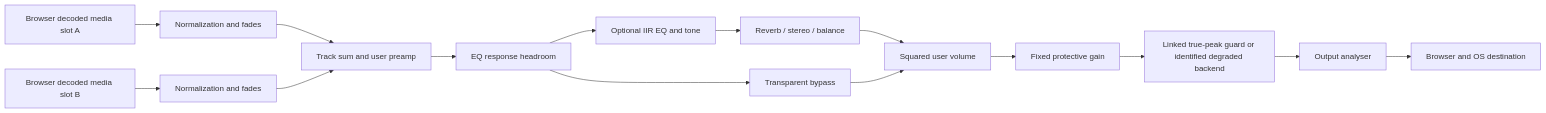
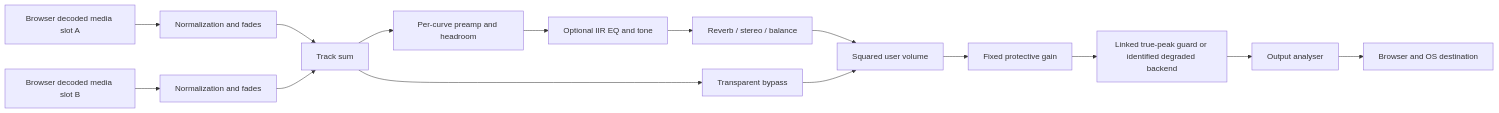
One commit to braydenparker999/jarvis changed the diagram in docs/measured-audio.md. Above: the diagram before and after it, drawn with Mermaid. The commit also changed other lines of this file and 14 other files, not shown here.

````diff
--- a/docs/measured-audio.md
+++ b/docs/measured-audio.md
@@ -15,17 +15,17 @@
 ```mermaid
 flowchart LR
     A[Browser decoded media slot A] --> NA[Normalization and fades]
     B[Browser decoded media slot B] --> NB[Normalization and fades]
-    NA --> SUM[Track sum and user preamp]
+    NA --> SUM[Track sum]
     NB --> SUM
-    SUM --> HR[EQ response headroom]
-    HR --> T[Transparent bypass]
+    SUM --> T[Transparent bypass]
+    SUM --> HR[Per-curve preamp and headroom]
     HR --> EQ[Optional IIR EQ and tone]
     EQ --> FX[Reverb / stereo / balance]
     FX --> M[Squared user volume]
     T --> M
     M --> P[Fixed protective gain]
     P --> G[Linked true-peak guard or identified degraded backend]
     G --> MET[Output analyser]
     MET --> O[Browser and OS destination]
 ```
````
